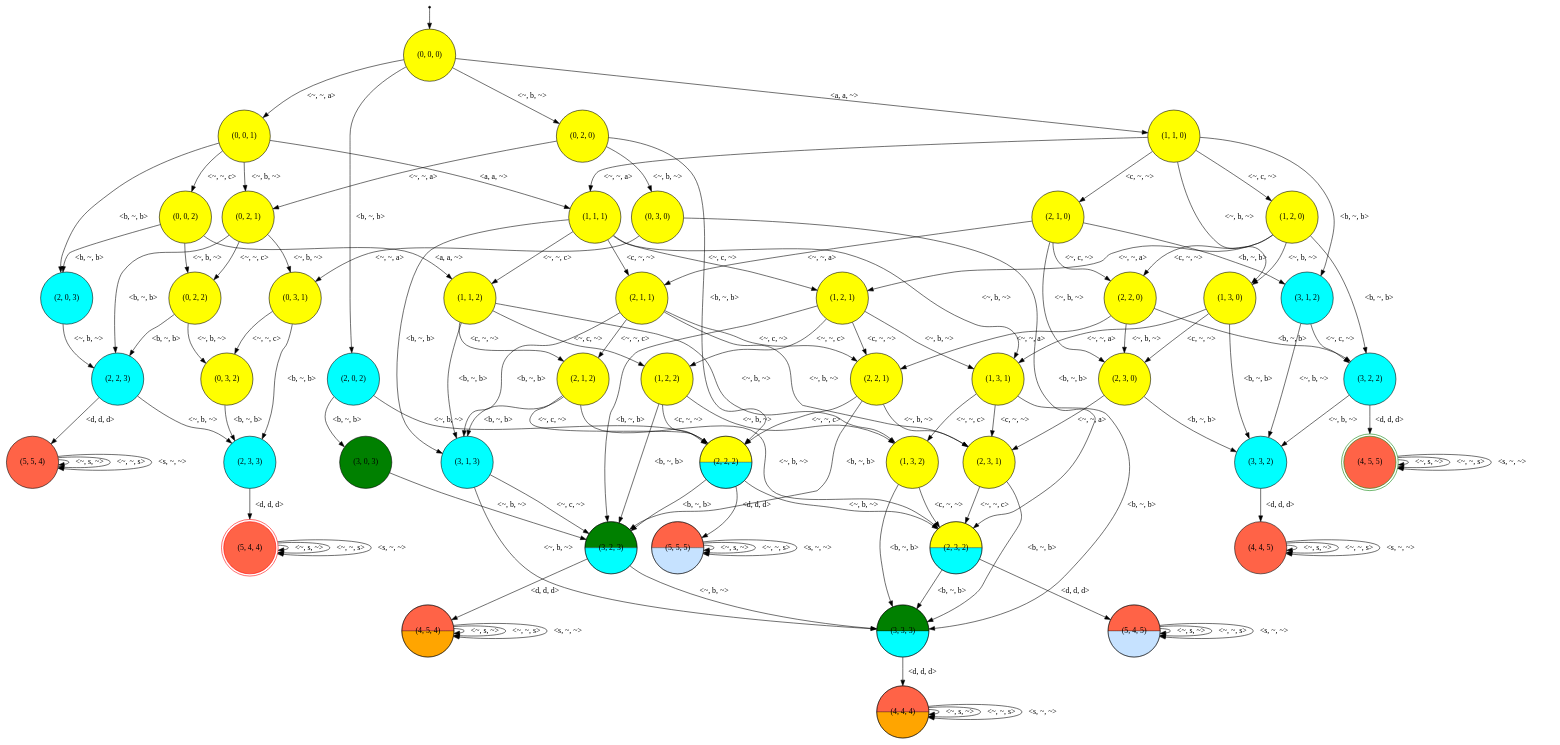
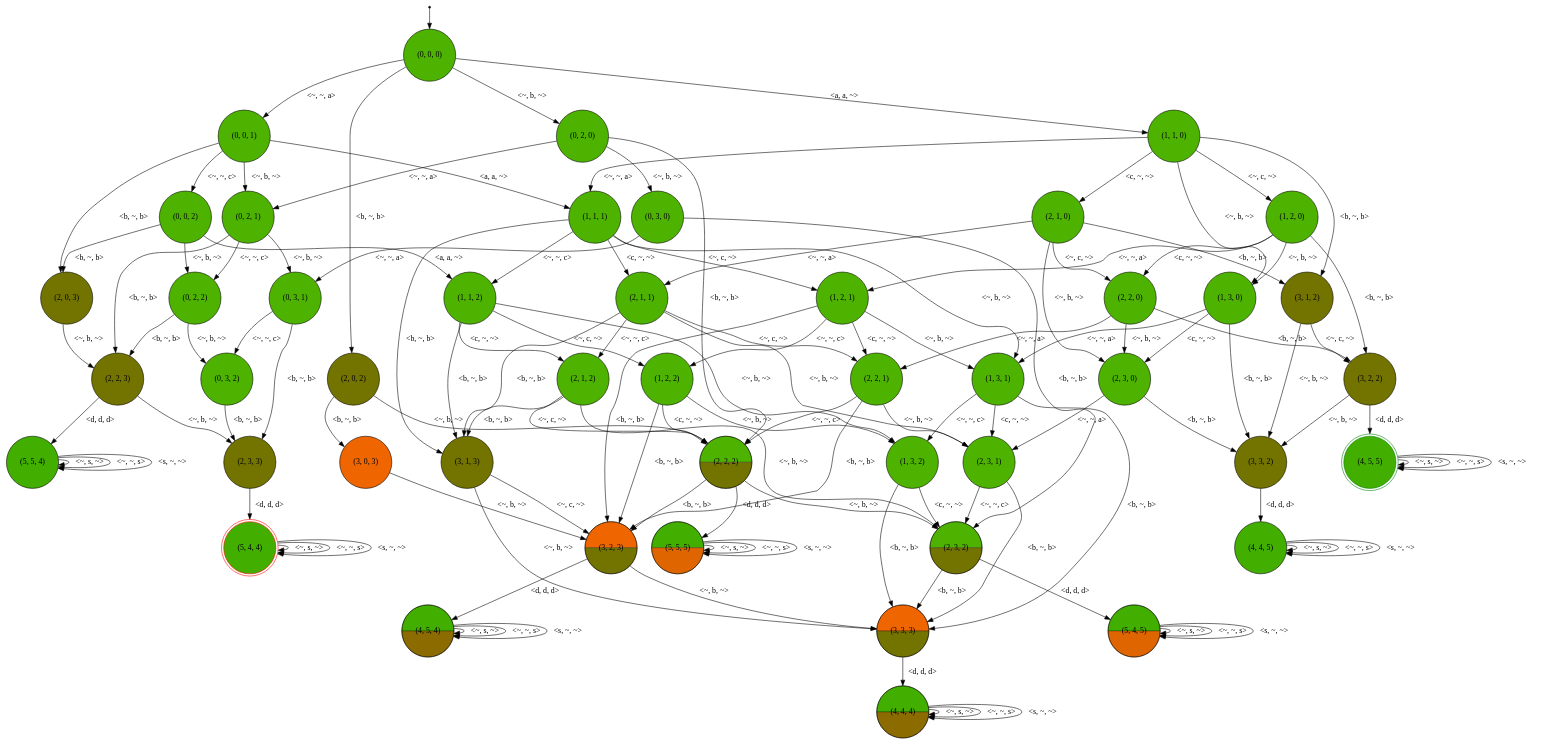
The diagram in dotsource.dot (Reithger/Finite-State-Machine-Model), drawn with Graphviz before and after one commit. The commit also changed 8 other files, not shown here.

Commit message:
More dynamic color when printing the crush groups (hopefully no duplicates now!) and can set a value in the Manager class to print CrushMap info for non-graphical analysis

```diff
--- a/dotsource.dot
+++ b/dotsource.dot
@@ -1,51 +1,51 @@
 digraph G {
-"n0"[label="(2, 1, 0)"shape=circle color="black" style=wedged fillcolor="yellow" style=filled];
-"n1"[label="(1, 1, 2)"shape=circle color="black" style=wedged fillcolor="yellow" style=filled];
-"n2"[label="(5, 5, 4)"shape=circle color="black" style=wedged fillcolor="tomato" style=filled];
-"n3"[label="(3, 3, 3)"shape=circle color="black" style=wedged fillcolor="green:cyan" style=wedged];
-"n4"[label="(2, 3, 3)"shape=circle color="black" style=wedged fillcolor="cyan" style=filled];
-"n5"[label="(4, 5, 4)"shape=circle color="black" style=wedged fillcolor="tomato:orange" style=wedged];
-"n6"[label="(0, 2, 2)"shape=circle color="black" style=wedged fillcolor="yellow" style=filled];
-"n7"[label="(1, 2, 2)"shape=circle color="black" style=wedged fillcolor="yellow" style=filled];
-"n8"[label="(0, 0, 1)"shape=circle color="black" style=wedged fillcolor="yellow" style=filled];
-"n9"[label="(0, 2, 0)"shape=circle color="black" style=wedged fillcolor="yellow" style=filled];
-"n10"[label="(2, 0, 2)"shape=circle color="black" style=wedged fillcolor="cyan" style=filled];
-"n11"[label="(1, 2, 0)"shape=circle color="black" style=wedged fillcolor="yellow" style=filled];
-"n12"[label="(2, 2, 0)"shape=circle color="black" style=wedged fillcolor="yellow" style=filled];
-"n13"[label="(0, 0, 2)"shape=circle color="black" style=wedged fillcolor="yellow" style=filled];
-"n14"[label="(2, 2, 3)"shape=circle color="black" style=wedged fillcolor="cyan" style=filled];
-"n15"[label="(4, 4, 4)"shape=circle color="black" style=wedged fillcolor="tomato:orange" style=wedged];
-"n16"[label="(3, 2, 3)"shape=circle color="black" style=wedged fillcolor="green:cyan" style=wedged];
-"n17"[label="(5, 4, 4)"shape=doublecircle color="red" style=wedged fillcolor="tomato" style=filled];
-"n18"[label="(1, 3, 0)"shape=circle color="black" style=wedged fillcolor="yellow" style=filled];
-"n19"[label="(0, 3, 2)"shape=circle color="black" style=wedged fillcolor="yellow" style=filled];
-"n20"[label="(1, 3, 2)"shape=circle color="black" style=wedged fillcolor="yellow" style=filled];
-"n21"[label="(2, 3, 2)"shape=circle color="black" style=wedged fillcolor="yellow:cyan" style=wedged];
-"n22"[label="(3, 1, 3)"shape=circle color="black" style=wedged fillcolor="cyan" style=filled];
-"n23"[label="(0, 3, 0)"shape=circle color="black" style=wedged fillcolor="yellow" style=filled];
-"n24"[label="(2, 3, 0)"shape=circle color="black" style=wedged fillcolor="yellow" style=filled];
-"n25"[label="(1, 1, 1)"shape=circle color="black" style=wedged fillcolor="yellow" style=filled];
-"n26"[label="(2, 1, 1)"shape=circle color="black" style=wedged fillcolor="yellow" style=filled];
-"n27"[label="(5, 5, 5)"shape=circle color="black" style=wedged fillcolor="tomato:slategray1" style=wedged];
-"n28"[label="(3, 3, 2)"shape=circle color="black" style=wedged fillcolor="cyan" style=filled];
-"n29"[label="(4, 5, 5)"shape=doublecircle color="green" style=wedged fillcolor="tomato" style=filled];
-"n30"[label="(3, 0, 3)"shape=circle color="black" style=wedged fillcolor="green" style=filled];
-"n31"[label="(1, 2, 1)"shape=circle color="black" style=wedged fillcolor="yellow" style=filled];
-"n32"[label="(0, 0, 0)"shape=circle color="black" style=wedged fillcolor="yellow" style=filled];
+"n0"[label="(2, 1, 0)"shape=circle color="black" style=wedged fillcolor="#4eb300" style=filled];
+"n1"[label="(1, 1, 2)"shape=circle color="black" style=wedged fillcolor="#4eb300" style=filled];
+"n2"[label="(5, 5, 4)"shape=circle color="black" style=wedged fillcolor="#41ae00" style=filled];
+"n3"[label="(3, 3, 3)"shape=circle color="black" style=wedged fillcolor="#ef6500:#737300" style=wedged];
+"n4"[label="(2, 3, 3)"shape=circle color="black" style=wedged fillcolor="#737300" style=filled];
+"n5"[label="(4, 5, 4)"shape=circle color="black" style=wedged fillcolor="#41ae00:#8c6b00" style=wedged];
+"n6"[label="(0, 2, 2)"shape=circle color="black" style=wedged fillcolor="#4eb300" style=filled];
+"n7"[label="(1, 2, 2)"shape=circle color="black" style=wedged fillcolor="#4eb300" style=filled];
+"n8"[label="(0, 0, 1)"shape=circle color="black" style=wedged fillcolor="#4eb300" style=filled];
+"n9"[label="(0, 2, 0)"shape=circle color="black" style=wedged fillcolor="#4eb300" style=filled];
+"n10"[label="(2, 0, 2)"shape=circle color="black" style=wedged fillcolor="#737300" style=filled];
+"n11"[label="(1, 2, 0)"shape=circle color="black" style=wedged fillcolor="#4eb300" style=filled];
+"n12"[label="(2, 2, 0)"shape=circle color="black" style=wedged fillcolor="#4eb300" style=filled];
+"n13"[label="(0, 0, 2)"shape=circle color="black" style=wedged fillcolor="#4eb300" style=filled];
+"n14"[label="(2, 2, 3)"shape=circle color="black" style=wedged fillcolor="#737300" style=filled];
+"n15"[label="(4, 4, 4)"shape=circle color="black" style=wedged fillcolor="#41ae00:#8c6b00" style=wedged];
+"n16"[label="(3, 2, 3)"shape=circle color="black" style=wedged fillcolor="#ef6500:#737300" style=wedged];
+"n17"[label="(5, 4, 4)"shape=doublecircle color="red" style=wedged fillcolor="#41ae00" style=filled];
+"n18"[label="(1, 3, 0)"shape=circle color="black" style=wedged fillcolor="#4eb300" style=filled];
+"n19"[label="(0, 3, 2)"shape=circle color="black" style=wedged fillcolor="#4eb300" style=filled];
+"n20"[label="(1, 3, 2)"shape=circle color="black" style=wedged fillcolor="#4eb300" style=filled];
+"n21"[label="(2, 3, 2)"shape=circle color="black" style=wedged fillcolor="#4eb300:#737300" style=wedged];
+"n22"[label="(3, 1, 3)"shape=circle color="black" style=wedged fillcolor="#737300" style=filled];
+"n23"[label="(0, 3, 0)"shape=circle color="black" style=wedged fillcolor="#4eb300" style=filled];
+"n24"[label="(2, 3, 0)"shape=circle color="black" style=wedged fillcolor="#4eb300" style=filled];
+"n25"[label="(1, 1, 1)"shape=circle color="black" style=wedged fillcolor="#4eb300" style=filled];
+"n26"[label="(2, 1, 1)"shape=circle color="black" style=wedged fillcolor="#4eb300" style=filled];
+"n27"[label="(5, 5, 5)"shape=circle color="black" style=wedged fillcolor="#41ae00:#df6500" style=wedged];
+"n28"[label="(3, 3, 2)"shape=circle color="black" style=wedged fillcolor="#737300" style=filled];
+"n29"[label="(4, 5, 5)"shape=doublecircle color="green" style=wedged fillcolor="#41ae00" style=filled];
+"n30"[label="(3, 0, 3)"shape=circle color="black" style=wedged fillcolor="#ef6500" style=filled];
+"n31"[label="(1, 2, 1)"shape=circle color="black" style=wedged fillcolor="#4eb300" style=filled];
+"n32"[label="(0, 0, 0)"shape=circle color="black" style=wedged fillcolor="#4eb300" style=filled];
 "ArbitraryUnusedNameNoWorriesJustGrooving33"[fontSize=1 shape=point];
-"n33"[label="(0, 2, 1)"shape=circle color="black" style=wedged fillcolor="yellow" style=filled];
-"n34"[label="(2, 0, 3)"shape=circle color="black" style=wedged fillcolor="cyan" style=filled];
-"n35"[label="(2, 2, 1)"shape=circle color="black" style=wedged fillcolor="yellow" style=filled];
-"n36"[label="(4, 4, 5)"shape=circle color="black" style=wedged fillcolor="tomato" style=filled];
-"n37"[label="(2, 2, 2)"shape=circle color="black" style=wedged fillcolor="yellow:cyan" style=wedged];
-"n38"[label="(3, 2, 2)"shape=circle color="black" style=wedged fillcolor="cyan" style=filled];
-"n39"[label="(5, 4, 5)"shape=circle color="black" style=wedged fillcolor="tomato:slategray1" style=wedged];
-"n40"[label="(1, 3, 1)"shape=circle color="black" style=wedged fillcolor="yellow" style=filled];
-"n41"[label="(0, 3, 1)"shape=circle color="black" style=wedged fillcolor="yellow" style=filled];
-"n42"[label="(3, 1, 2)"shape=circle color="black" style=wedged fillcolor="cyan" style=filled];
-"n43"[label="(2, 3, 1)"shape=circle color="black" style=wedged fillcolor="yellow" style=filled];
-"n44"[label="(1, 1, 0)"shape=circle color="black" style=wedged fillcolor="yellow" style=filled];
-"n45"[label="(2, 1, 2)"shape=circle color="black" style=wedged fillcolor="yellow" style=filled];
+"n33"[label="(0, 2, 1)"shape=circle color="black" style=wedged fillcolor="#4eb300" style=filled];
+"n34"[label="(2, 0, 3)"shape=circle color="black" style=wedged fillcolor="#737300" style=filled];
+"n35"[label="(2, 2, 1)"shape=circle color="black" style=wedged fillcolor="#4eb300" style=filled];
+"n36"[label="(4, 4, 5)"shape=circle color="black" style=wedged fillcolor="#41ae00" style=filled];
+"n37"[label="(2, 2, 2)"shape=circle color="black" style=wedged fillcolor="#4eb300:#737300" style=wedged];
+"n38"[label="(3, 2, 2)"shape=circle color="black" style=wedged fillcolor="#737300" style=filled];
+"n39"[label="(5, 4, 5)"shape=circle color="black" style=wedged fillcolor="#41ae00:#df6500" style=wedged];
+"n40"[label="(1, 3, 1)"shape=circle color="black" style=wedged fillcolor="#4eb300" style=filled];
+"n41"[label="(0, 3, 1)"shape=circle color="black" style=wedged fillcolor="#4eb300" style=filled];
+"n42"[label="(3, 1, 2)"shape=circle color="black" style=wedged fillcolor="#737300" style=filled];
+"n43"[label="(2, 3, 1)"shape=circle color="black" style=wedged fillcolor="#4eb300" style=filled];
+"n44"[label="(1, 1, 0)"shape=circle color="black" style=wedged fillcolor="#4eb300" style=filled];
+"n45"[label="(2, 1, 2)"shape=circle color="black" style=wedged fillcolor="#4eb300" style=filled];
 {"ArbitraryUnusedNameNoWorriesJustGrooving33"}->{"n32"};
 {"n0"}->{"n26"}[label = "<~, ~, a>" color="black" arrowhead="normal" style=""];
 {"n0"}->{"n24"}[label = "<~, b, ~>" color="black" arrowhead="normal" style=""];
```
